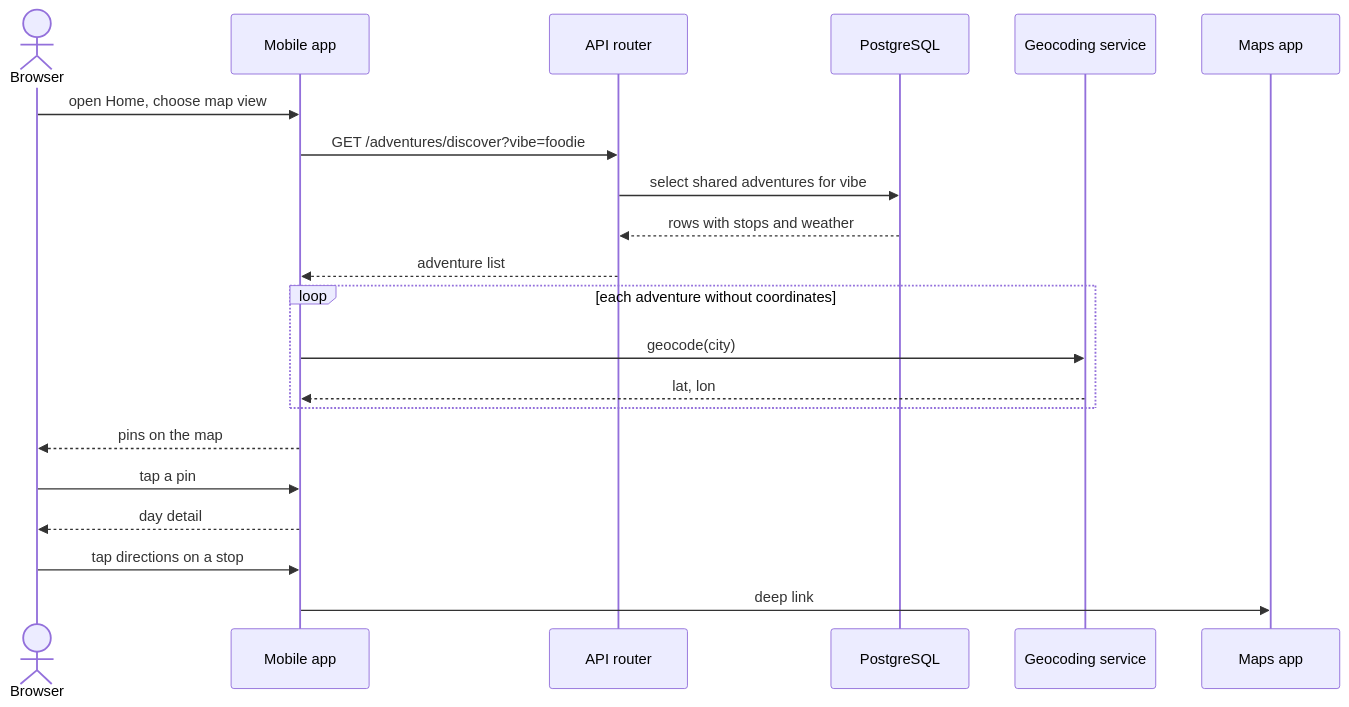
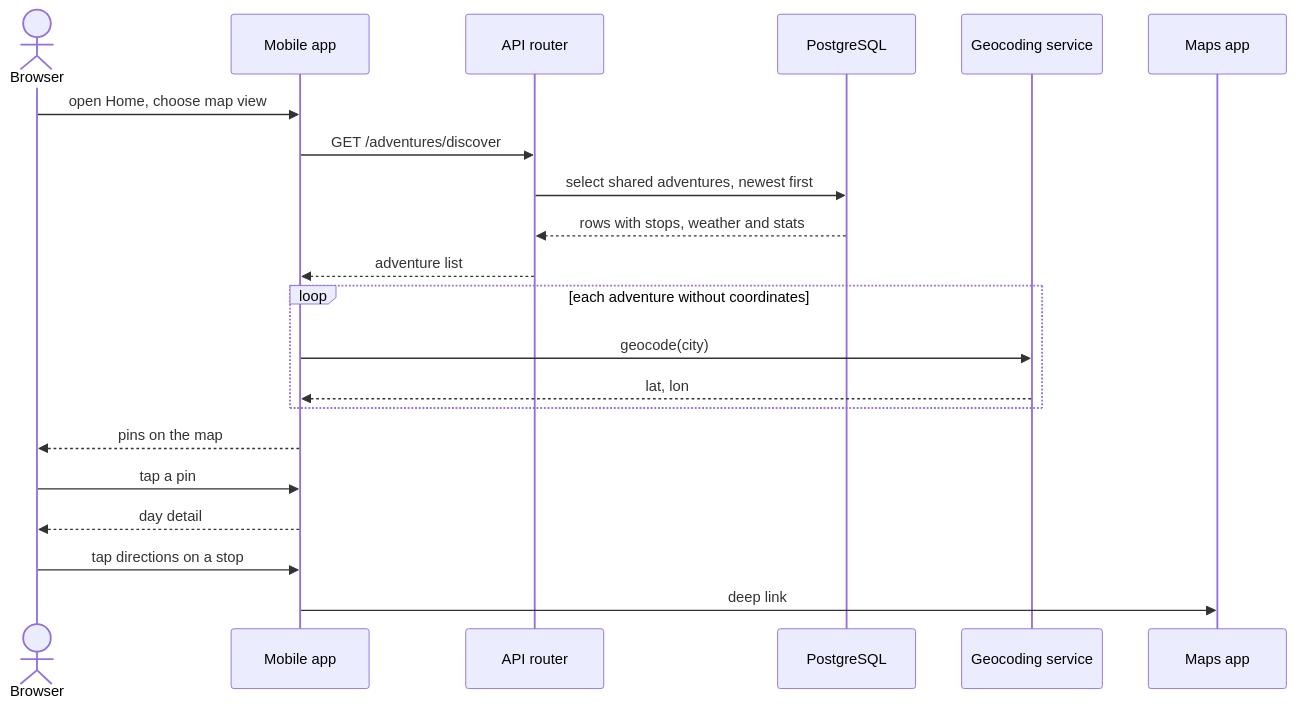
The seventh of 7 diagrams in whereyago/requirements/03-architecture.md (MoAbboud/PortFolio), drawn with Mermaid before and after one commit. The commit also changed other lines of this file and 18 other files, not shown here.

````diff
--- a/whereyago/requirements/03-architecture.md
+++ b/whereyago/requirements/03-architecture.md
@@ -351,24 +350,24 @@
 ```mermaid
 sequenceDiagram
     actor B as Browser
     participant M as Mobile app
     participant A as API router
     participant DB as PostgreSQL
     participant G as Geocoding service
     participant MAPS as Maps app
 
     B->>M: open Home, choose map view
-    M->>A: GET /adventures/discover?vibe=foodie
-    A->>DB: select shared adventures for vibe
-    DB-->>A: rows with stops and weather
+    M->>A: GET /adventures/discover
+    A->>DB: select shared adventures, newest first
+    DB-->>A: rows with stops, weather and stats
     A-->>M: adventure list
     loop each adventure without coordinates
         M->>G: geocode(city)
         G-->>M: lat, lon
     end
     M-->>B: pins on the map
     B->>M: tap a pin
     M-->>B: day detail
     B->>M: tap directions on a stop
     M->>MAPS: deep link
 ```
````
